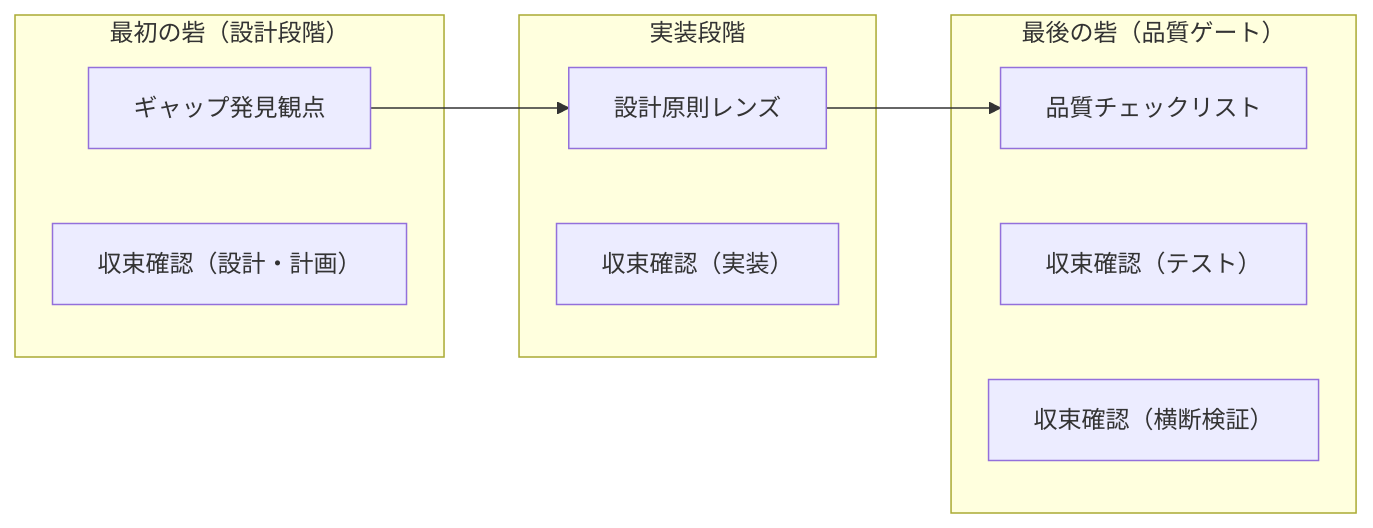
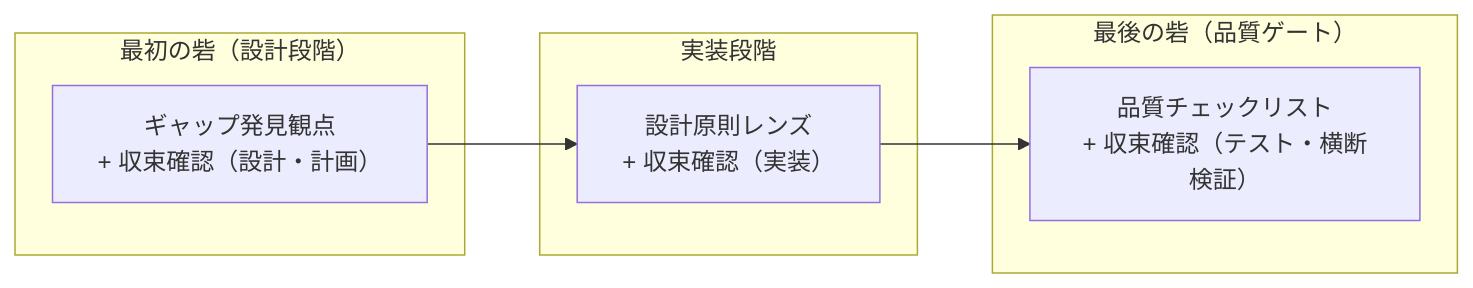
One commit to ka2kama/ringiflow changed the second of 2 diagrams in docs/06_ナレッジベース/methodology/ISO25010.md. Above: the diagram before and after it, drawn with Mermaid. The commit also changed other lines of this file, not shown here.

Commit message:
#894 Fix review feedback: aspect count and Mermaid isolated nodes
- Fix gap discovery aspect count from 20 to 21 (after adding security
  boundary aspect)
- Simplify Mermaid diagram by merging convergence checklists into main
  flow nodes to eliminate isolated nodes

````diff
--- a/docs/06_ナレッジベース/methodology/ISO25010.md
+++ b/docs/06_ナレッジベース/methodology/ISO25010.md
@@ -135,17 +135,13 @@
 ```mermaid
 flowchart LR
     subgraph 最初の砦["最初の砦（設計段階）"]
-        GAP["ギャップ発見観点"]
-        CONV_D["収束確認（設計・計画）"]
+        GAP["ギャップ発見観点\n+ 収束確認（設計・計画）"]
     end
     subgraph 実装中["実装段階"]
-        LENS["設計原則レンズ"]
-        CONV_I["収束確認（実装）"]
+        LENS["設計原則レンズ\n+ 収束確認（実装）"]
     end
     subgraph 最後の砦["最後の砦（品質ゲート）"]
-        CL["品質チェックリスト"]
-        CONV_T["収束確認（テスト）"]
-        CONV_X["収束確認（横断検証）"]
+        CL["品質チェックリスト\n+ 収束確認（テスト・横断検証）"]
     end
     GAP --> LENS --> CL
 ```
````
